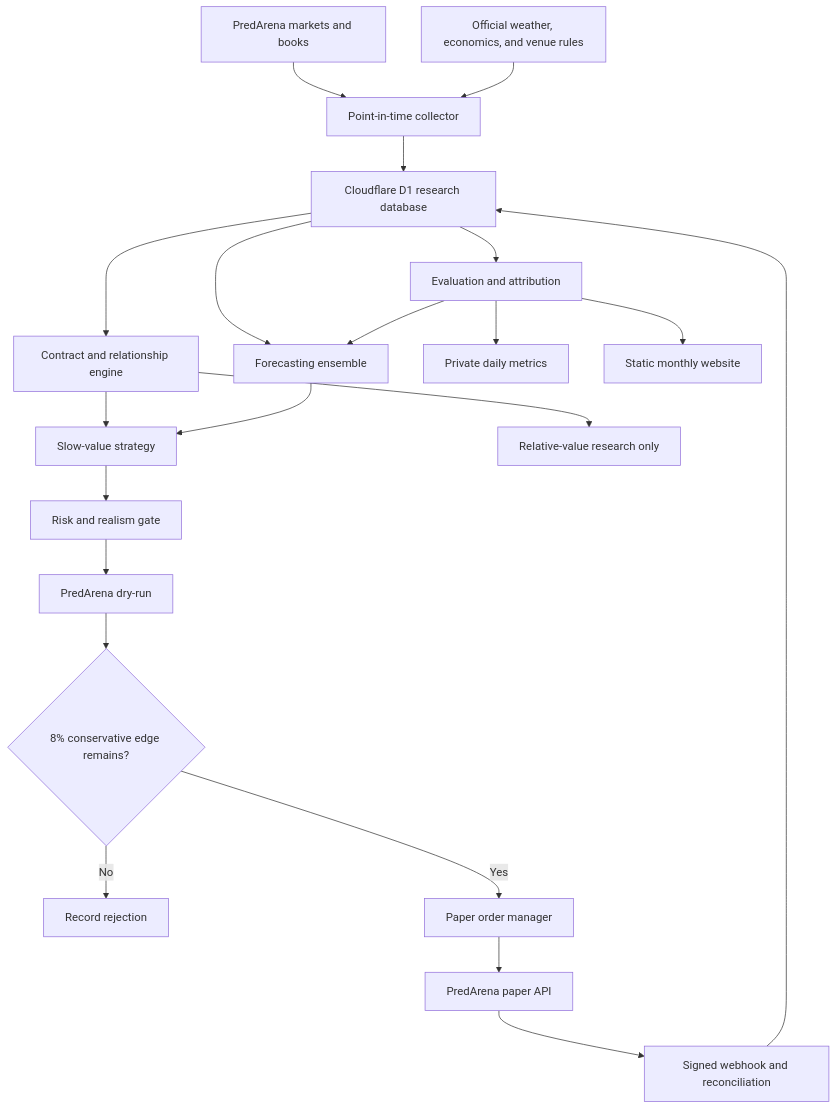
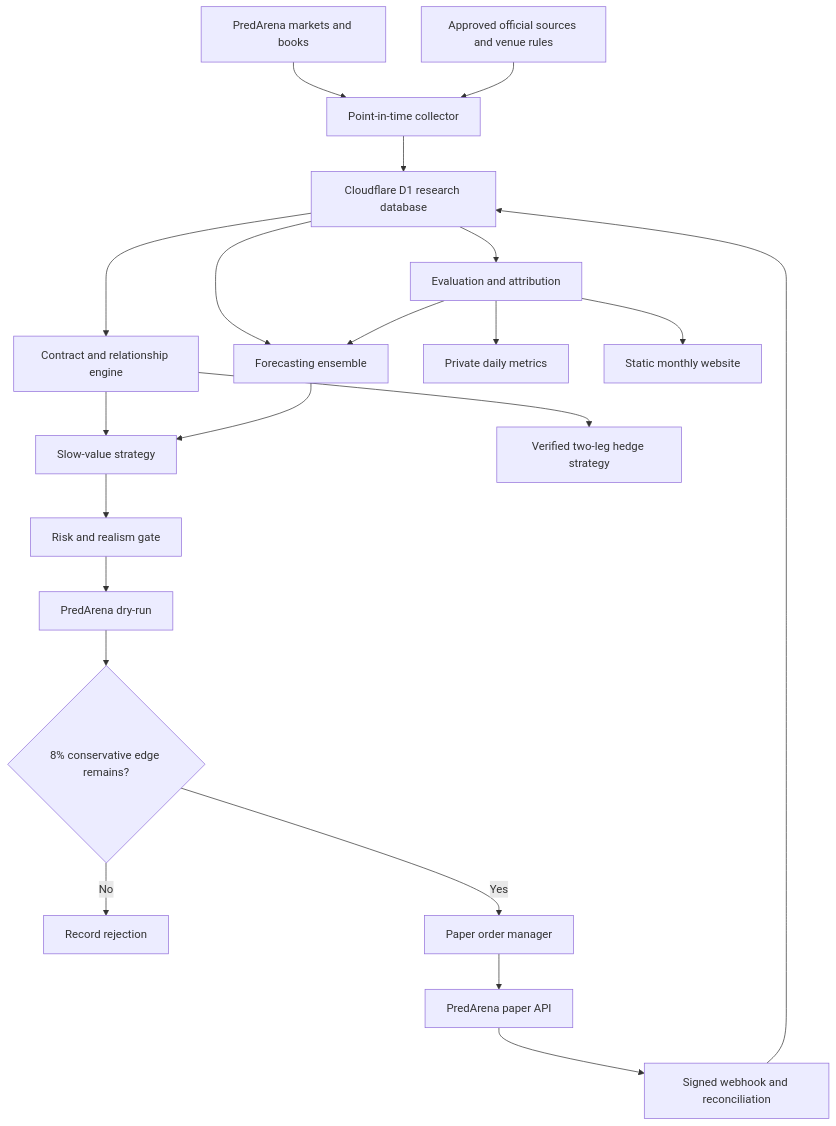
One commit to poor0-kaws/CasusStrategies changed the diagram in docs/ARCHITECTURE.md. Above: the diagram before and after it, drawn with Mermaid. The commit also changed other lines of this file and 52 other files, not shown here.

````diff
--- a/docs/ARCHITECTURE.md
+++ b/docs/ARCHITECTURE.md
@@ -6,23 +6,23 @@
 ```mermaid
 flowchart TD
     A["PredArena markets and books"] --> B["Point-in-time collector"]
-    C["Official weather, economics, and venue rules"] --> B
+    C["Approved official sources and venue rules"] --> B
     B --> D["Cloudflare D1 research database"]
     D --> E["Contract and relationship engine"]
     D --> F["Forecasting ensemble"]
     E --> G["Slow-value strategy"]
-    E --> R["Relative-value research only"]
+    E --> R["Verified two-leg hedge strategy"]
     F --> G
     G --> H["Risk and realism gate"]
     H --> I["PredArena dry-run"]
     I --> J{"8% conservative edge remains?"}
     J -->|"No"| K["Record rejection"]
     J -->|"Yes"| L["Paper order manager"]
     L --> M["PredArena paper API"]
     M --> N["Signed webhook and reconciliation"]
     N --> D
     D --> O["Evaluation and attribution"]
     O --> Q["Private daily metrics"]
     O --> P["Static monthly website"]
     O --> F
 ```
````
